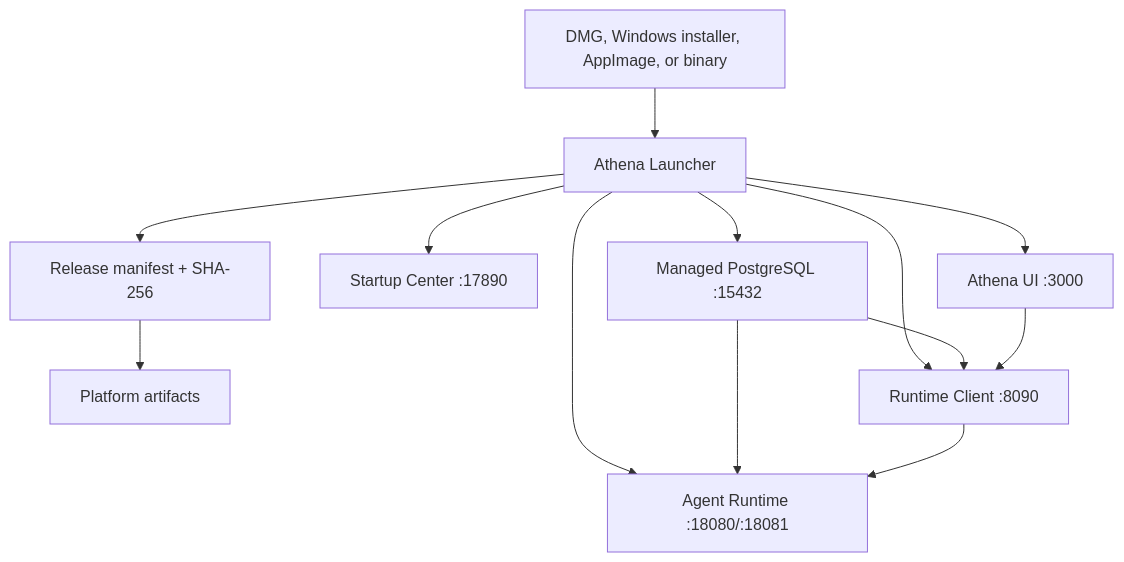
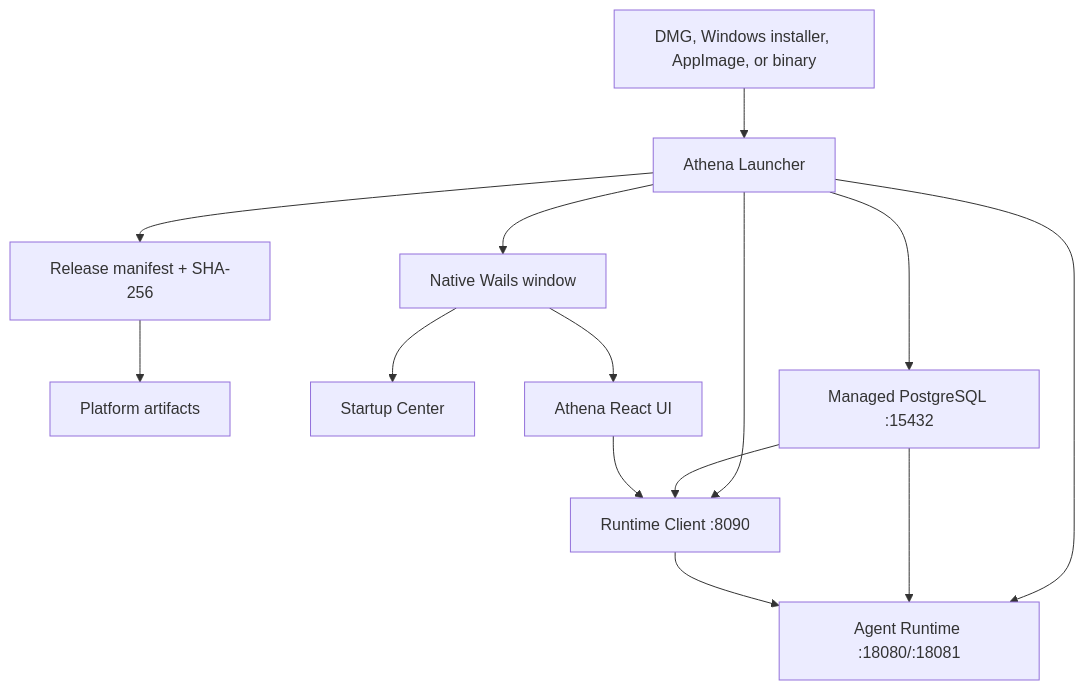
Before and after one commit to good-fish-man/athena-launcher: the diagram in README.md, drawn with Mermaid. The commit also changed other lines of this file and 47 other files, not shown here.

Commit message:
feat: add desktop runtime startup controls

````diff
--- a/README.md
+++ b/README.md
@@ -25,15 +36,16 @@
 ```mermaid
 flowchart TD
     Package["DMG, Windows installer, AppImage, or binary"] --> Launcher["Athena Launcher"]
     Launcher --> Manifest["Release manifest + SHA-256"]
     Manifest --> Packages["Platform artifacts"]
-    Launcher --> Startup["Startup Center :17890"]
+    Launcher --> Desktop["Native Wails window"]
+    Desktop --> Startup["Startup Center"]
+    Desktop --> UI["Athena React UI"]
     Launcher --> PG["Managed PostgreSQL :15432"]
     Launcher --> Runtime["Agent Runtime :18080/:18081"]
     Launcher --> Client["Runtime Client :8090"]
-    Launcher --> UI["Athena UI :3000"]
     PG --> Runtime
     PG --> Client
     Client --> Runtime
     UI --> Client
 ```
````
